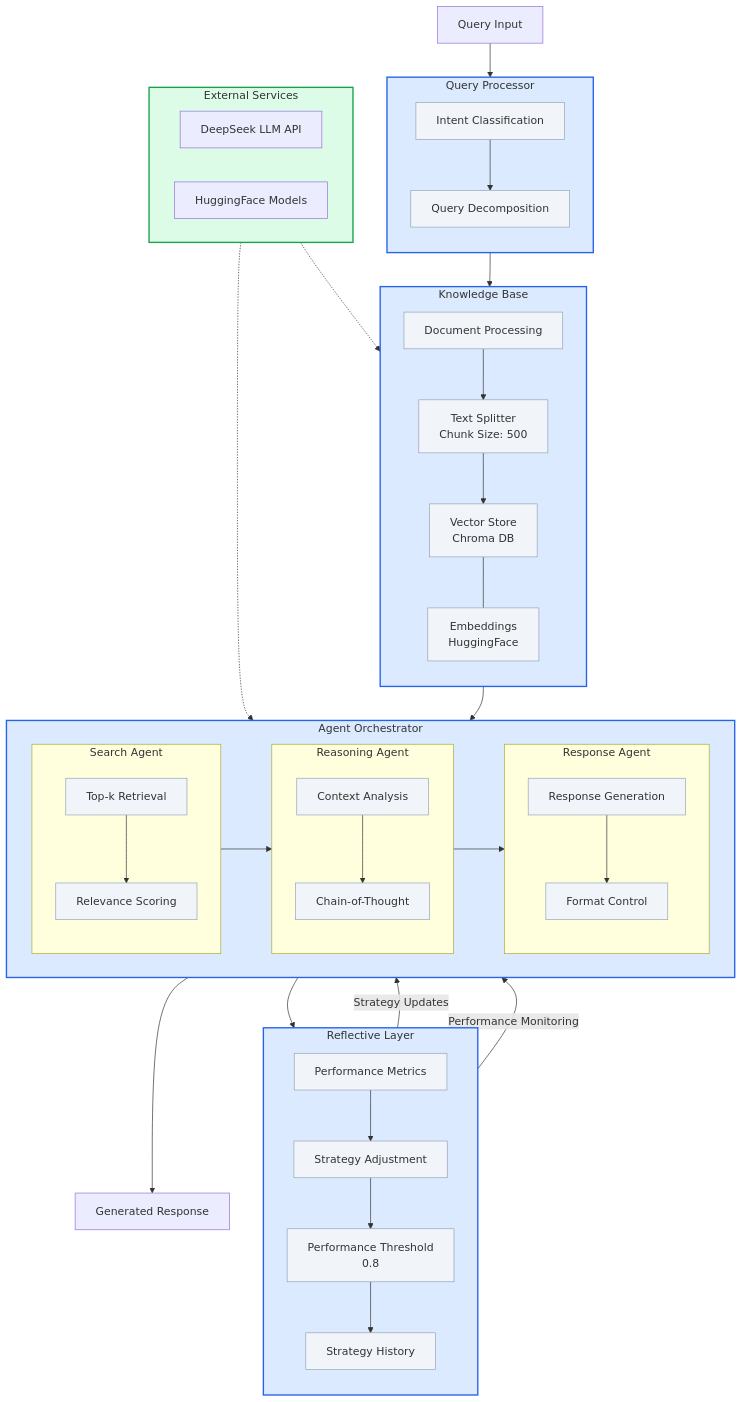
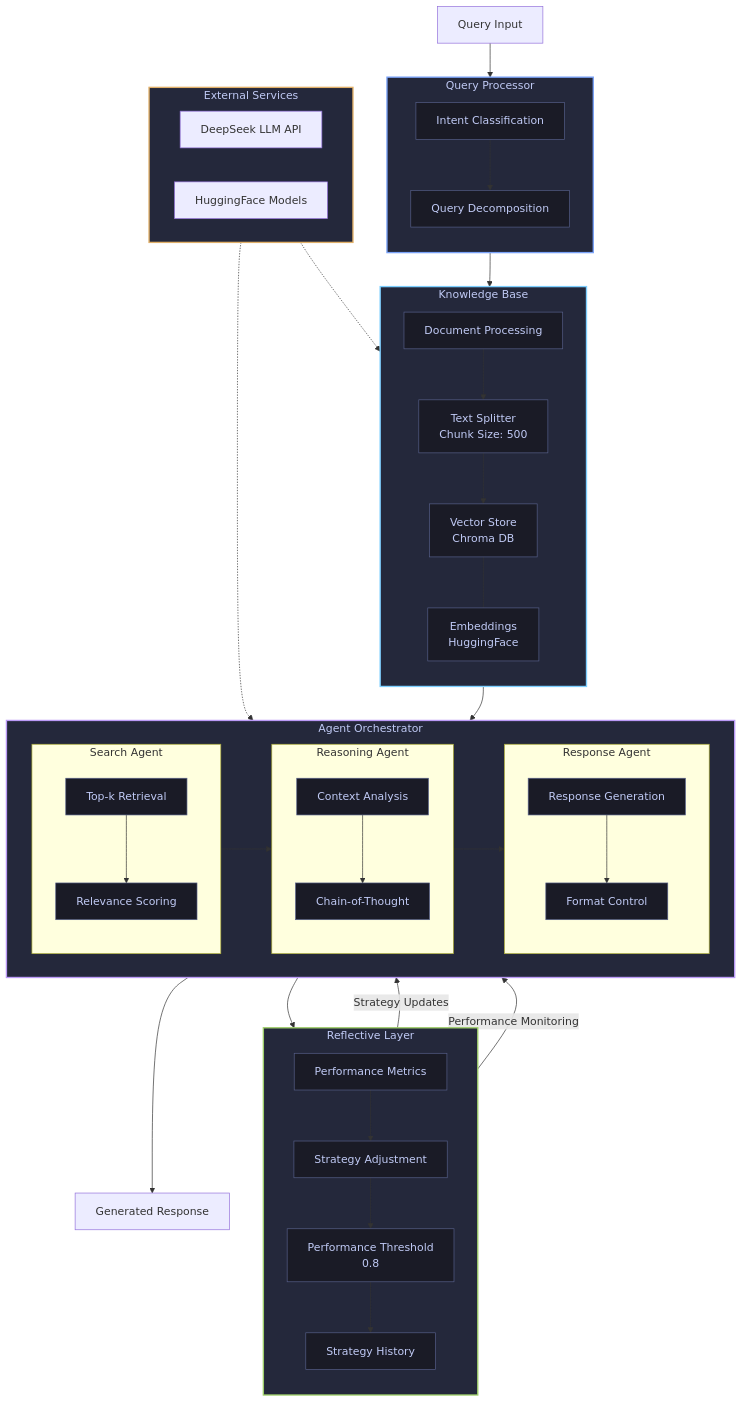
The first of 2 diagrams in README.md (flight505/Agentic_RAG), drawn with Mermaid before and after one commit. The commit also changed other lines of this file, not shown here.

Commit message:
Update README.md with Tokyo Night Storm theme styling for flowcharts

```diff
--- a/README.md
+++ b/README.md
@@ -96,13 +96,13 @@
     Reflective --> |Strategy Updates| Search
     Reflective --> |Performance Monitoring| Reason
     
-    %% Styling
-    classDef processor fill:#dbeafe,stroke:#2563eb,stroke-width:2px
-    classDef knowledge fill:#dbeafe,stroke:#2563eb,stroke-width:2px
-    classDef agent fill:#dbeafe,stroke:#2563eb,stroke-width:2px
-    classDef reflective fill:#dbeafe,stroke:#2563eb,stroke-width:2px
-    classDef external fill:#dcfce7,stroke:#16a34a,stroke-width:2px
-    classDef subcomponent fill:#f1f5f9,stroke:#94a3b8,stroke-width:1px
+    %% Tokyo Night Storm Theme Styling
+    classDef processor fill:#24283b,stroke:#7aa2f7,stroke-width:2px,color:#c0caf5
+    classDef knowledge fill:#24283b,stroke:#7dcfff,stroke-width:2px,color:#c0caf5
+    classDef agent fill:#24283b,stroke:#bb9af7,stroke-width:2px,color:#c0caf5
+    classDef reflective fill:#24283b,stroke:#9ece6a,stroke-width:2px,color:#c0caf5
+    classDef external fill:#24283b,stroke:#e0af68,stroke-width:2px,color:#c0caf5
+    classDef subcomponent fill:#1a1b26,stroke:#565f89,stroke-width:1px,color:#c0caf5
     
     class QueryProcessor processor
     class KnowledgeBase knowledge
```
